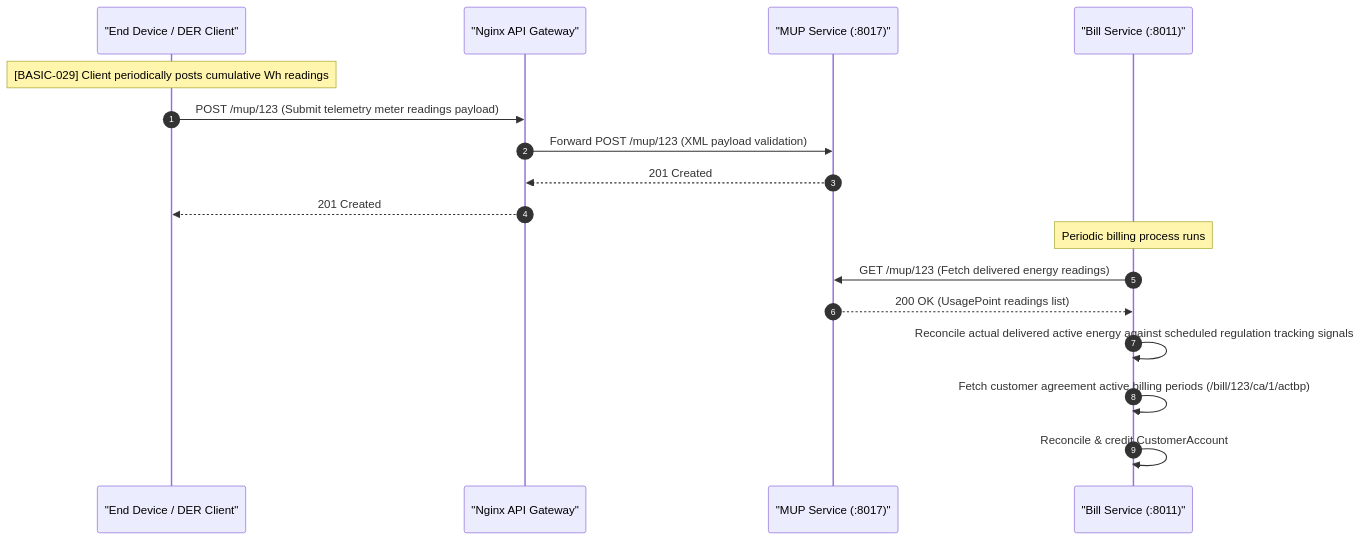
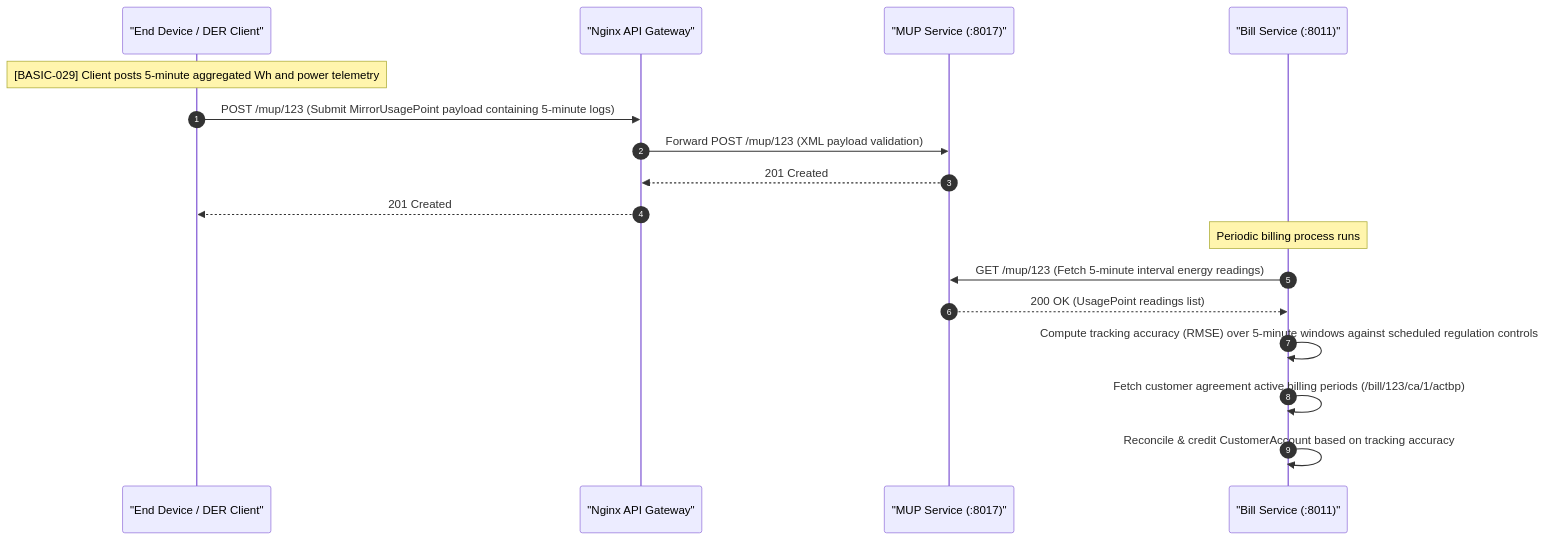
One commit to Tylores/egot changed the sixth of 6 diagrams in lifecycles/regulation.md. Above: the diagram before and after it, drawn with Mermaid. The commit also changed other lines of this file and 56 other files, not shown here.

````diff
--- a/lifecycles/regulation.md
+++ b/lifecycles/regulation.md
@@ -175,22 +181,22 @@
 ```mermaid
 sequenceDiagram
     autonumber
     participant Client as "End Device / DER Client"
     participant GW as "Nginx API Gateway"
     participant MUP as "MUP Service (:8017)"
     participant Bill as "Bill Service (:8011)"
 
-    Note over Client: [BASIC-029] Client periodically posts cumulative Wh readings
-    Client->>GW: POST /mup/123 (Submit telemetry meter readings payload)
+    Note over Client: [BASIC-029] Client posts 5-minute aggregated Wh and power telemetry
+    Client->>GW: POST /mup/123 (Submit MirrorUsagePoint payload containing 5-minute logs)
     GW->>MUP: Forward POST /mup/123 (XML payload validation)
     MUP-->>GW: 201 Created
     GW-->>Client: 201 Created
 
     Note over Bill: Periodic billing process runs
-    Bill->>MUP: GET /mup/123 (Fetch delivered energy readings)
+    Bill->>MUP: GET /mup/123 (Fetch 5-minute interval energy readings)
     MUP-->>Bill: 200 OK (UsagePoint readings list)
     
-    Bill->>Bill: Reconcile actual delivered active energy against scheduled regulation tracking signals
+    Bill->>Bill: Compute tracking accuracy (RMSE) over 5-minute windows against scheduled regulation controls
     Bill->>Bill: Fetch customer agreement active billing periods (/bill/123/ca/1/actbp)
-    Bill->>Bill: Reconcile & credit CustomerAccount
+    Bill->>Bill: Reconcile & credit CustomerAccount based on tracking accuracy
 ```
````
